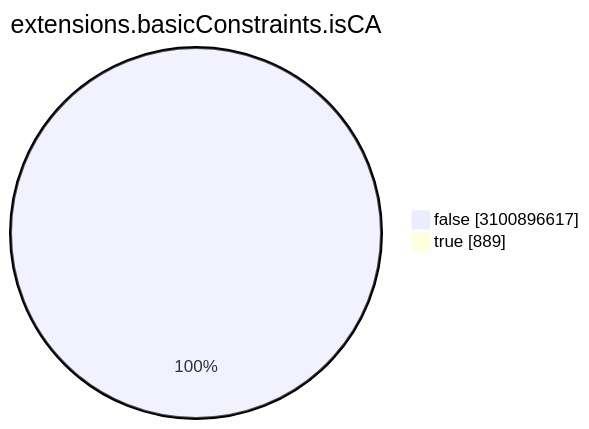
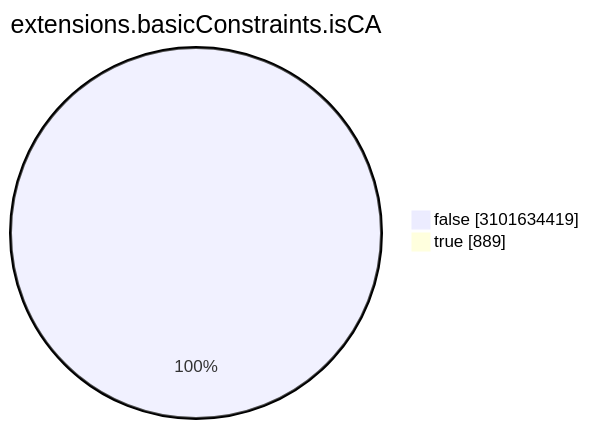
The seventh of 15 diagrams in TOTAL/README.md (christiankrug/ctmonitor_visualization), drawn with Mermaid before and after one commit. The commit also changed other lines of this file, not shown here.

````diff
--- a/TOTAL/README.md
+++ b/TOTAL/README.md
@@ -3086,6 +3086,6 @@
 ```mermaid
 pie showData
 title extensions.basicConstraints.isCA
-"false" :3100896617
+"false" :3101634419
 "true" :889
 ```
````
